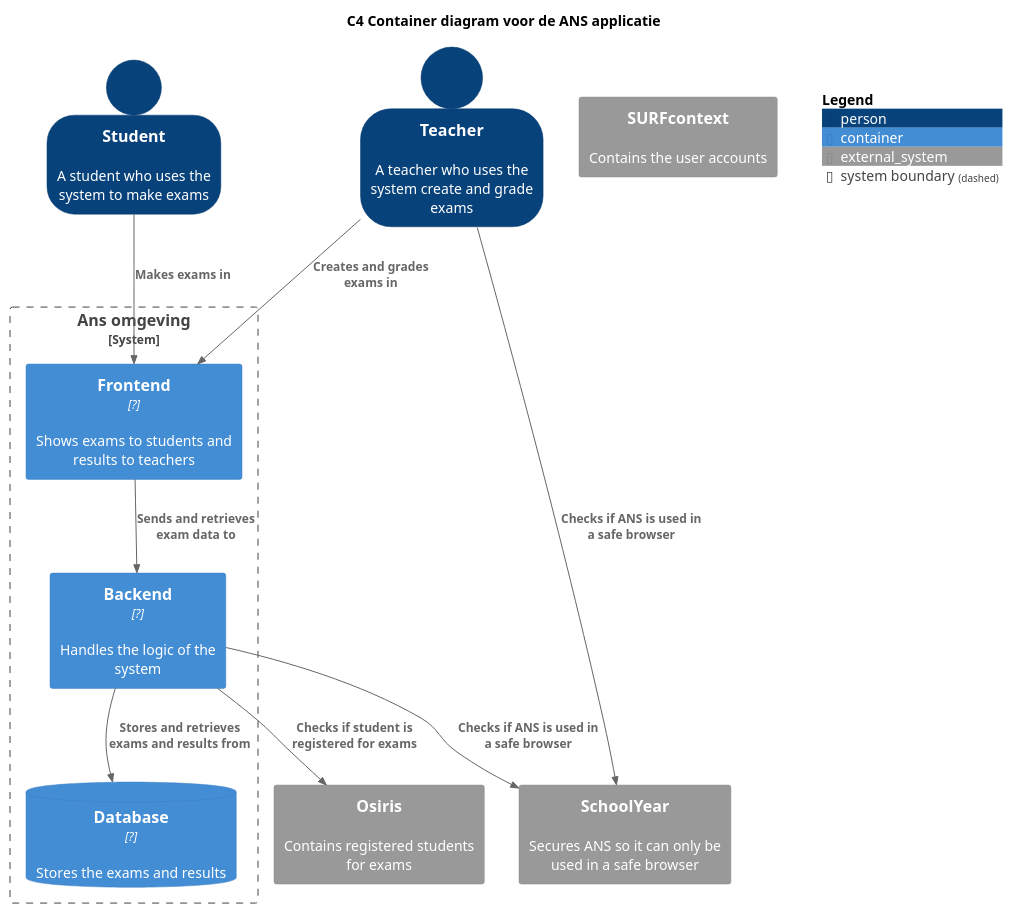
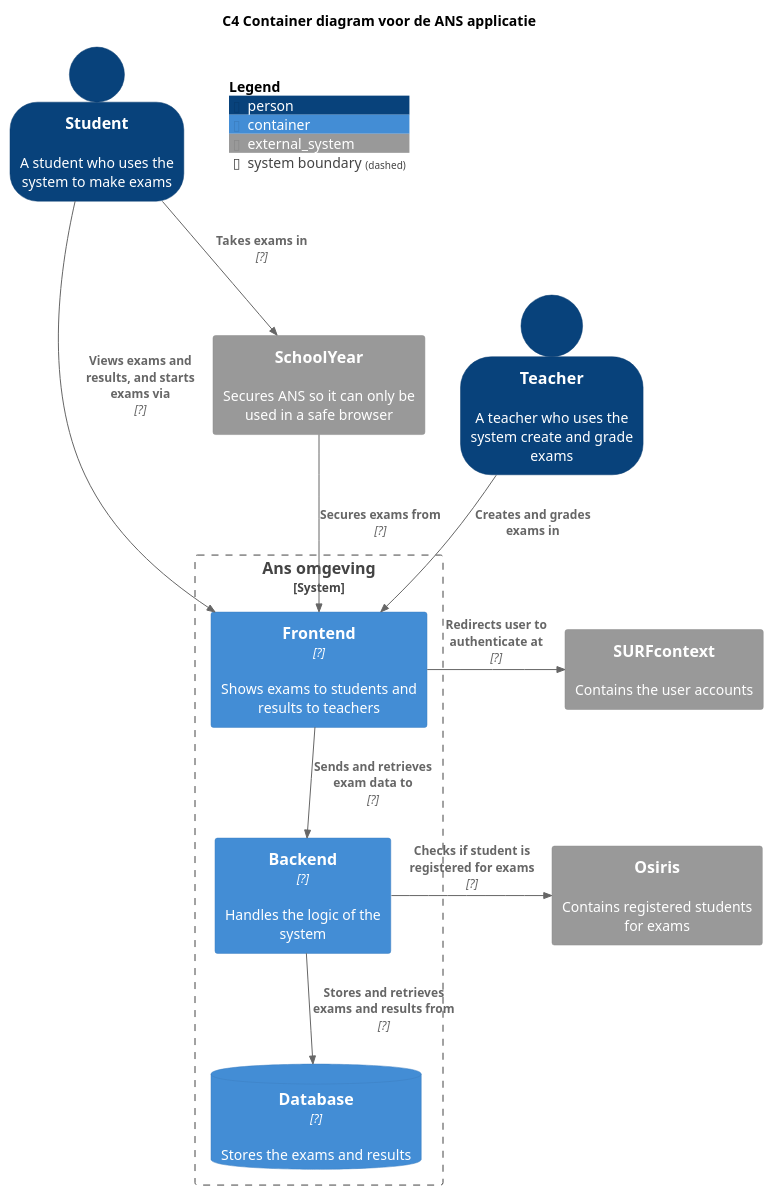
One commit to AIM-ENE-feb25/triptop-groep-4-jochem-roald-stijn-a changed the diagram in opdrachten/ANS container diagram/container-diagram-stijn.puml. Above: the diagram before and after it, drawn with PlantUML.

Commit message:
ANS container diagram opdr Stijn

```diff
--- a/opdrachten/ANS container diagram/container-diagram-stijn.puml
+++ b/opdrachten/ANS container diagram/container-diagram-stijn.puml
@@ -1,40 +1,37 @@
-@startuml
+@startuml C4 Container diagram voor de ANS applicatie
 title C4 Container diagram voor de ANS applicatie
 !include <C4/C4_Container.puml>
 '!include https://raw.githubusercontent.com/plantuml-stdlib/C4-PlantUML/master/C4_Context.puml
 
 top to bottom direction
 
 'LAYOUT_WITH_LEGEND()
 SHOW_PERSON_OUTLINE()
 
 Person(student, "Student", "A student who uses the system to make exams")
 Person(teacher, "Teacher", "A teacher who uses the system create and grade exams")
 
 System_Boundary(system, "Ans omgeving") {
     Container(frontend, "Frontend", "?", "Shows exams to students and results to teachers")
     Container(backend, "Backend", "?", "Handles the logic of the system")
     ContainerDb(db, "Database", "?", "Stores the exams and results")
 }
 
-Rel(student, frontend, "Makes exams in")
-Rel(teacher, frontend, "Creates and grades exams in")
-
-Rel(frontend, backend, "Sends and retrieves exam data to")
-Rel(backend, db, "Stores and retrieves exams and results from")
-
 System_Ext(osiris, "Osiris", "Contains registered students for exams")
 System_Ext(schoolyear, "SchoolYear", "Secures ANS so it can only be used in a safe browser")
 System_Ext(surfcontext, "SURFcontext", "Contains the user accounts")
-Rel(backend, osiris, "Checks if student is registered for exams")
-Rel(backend, schoolyear, "Checks if ANS is used in a safe browser")
-Rel(teacher, schoolyear, "Checks if ANS is used in a safe browser")
 
-'Rel(ans, osiris, "Checks if student is registered for exams")
-'Rel(ans, schoolyear, "Checks if ANS is used in a safe browser")
-'Rel(ans, surfcontext, "Contains the user accounts")
-'Rel(teacher, schoolyear, "Checks if ANS is used in a safe browser")
+Rel(student, frontend, "Views exams and results, and starts exams via", "?")
+Rel(student, schoolyear, "Takes exams in", "?")
+Rel(schoolyear, frontend, "Secures exams from", "?")
+Rel(teacher, frontend, "Creates and grades exams in")
+
+Rel(frontend, backend, "Sends and retrieves exam data to", "?")
+Rel(backend, db, "Stores and retrieves exams and results from", "?")
+
+Rel_R(frontend, surfcontext, "Redirects user to authenticate at", "?")
+Rel_R(backend, osiris, "Checks if student is registered for exams", "?")
 
 SHOW_FLOATING_LEGEND()
 
 @enduml
```
